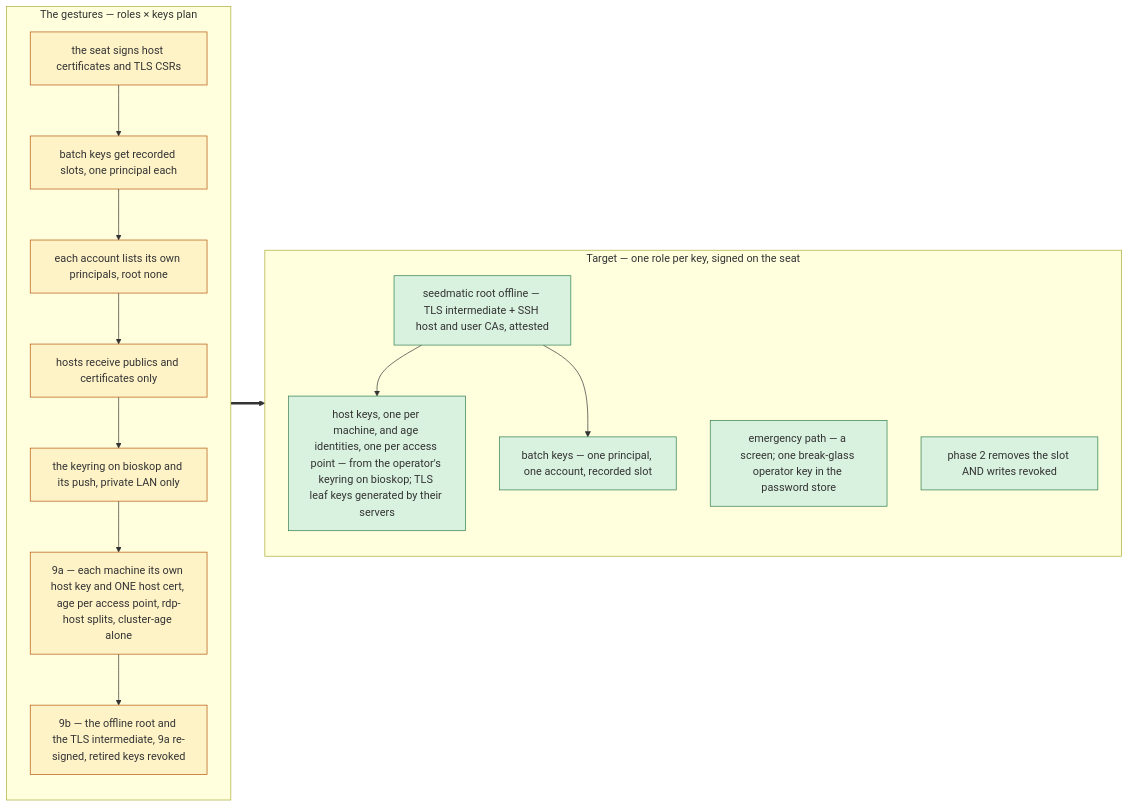
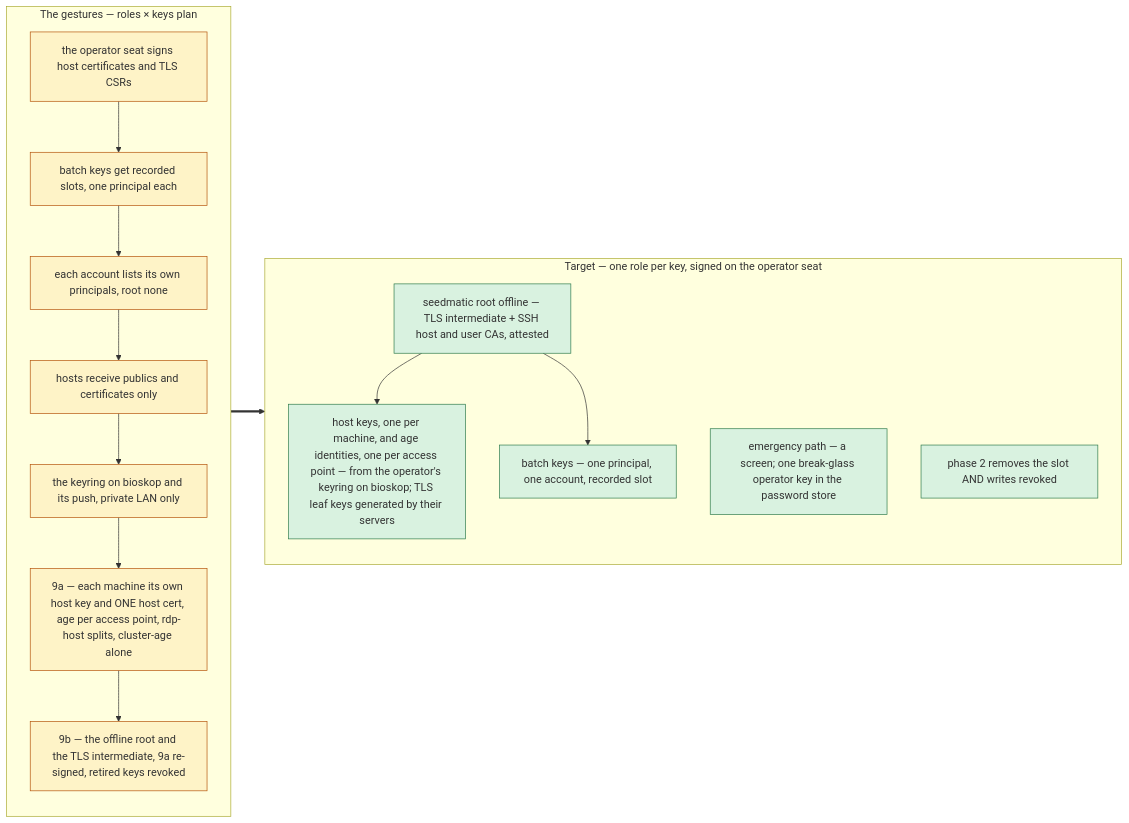
One commit to seedmatic/rke2lab changed the third of 8 diagrams in docs/architecture/atlas/fabric-control-plane.adoc. Above: the diagram before and after it, drawn with Mermaid. The commit also changed other lines of this file and 32 other files, not shown here.

First line of the commit message:
docs(vocabulary): one precise term per role, as the operator decided on 2026-10-16

```diff
--- a/docs/architecture/atlas/fabric-control-plane.adoc
+++ b/docs/architecture/atlas/fabric-control-plane.adoc
@@ -112,28 +112,28 @@
 [mermaid]
 ....
 flowchart LR
   subgraph GESTURES["The gestures — roles × keys plan"]
     direction TB
-    g1["the seat signs host certificates and TLS CSRs"]:::step
+    g1["the operator seat signs host certificates and TLS CSRs"]:::step
     g2["batch keys get recorded slots, one principal each"]:::step
     g3["each account lists its own principals, root none"]:::step
     g4["hosts receive publics and certificates only"]:::step
     g5["the keyring on bioskop and its push, private LAN only"]:::step
     g6["9a — each machine its own host key and ONE host cert, age per access point, rdp-host splits, cluster-age alone"]:::step
     g7["9b — the offline root and the TLS intermediate, 9a re-signed, retired keys revoked"]:::step
     g1 --> g2 --> g3 --> g4 --> g5 --> g6 --> g7
   end
-  subgraph TARGET["Target — one role per key, signed on the seat"]
+  subgraph TARGET["Target — one role per key, signed on the operator seat"]
     direction TB
     a0["seedmatic root offline — TLS intermediate + SSH host and user CAs, attested"]:::ok
     a1["emergency path — a screen; one break-glass operator key in the password store"]:::ok
     a2["host keys, one per machine, and age identities, one per access point — from the operator's keyring on bioskop; TLS leaf keys generated by their servers"]:::ok
     a3["batch keys — one principal, one account, recorded slot"]:::ok
     a4["phase 2 removes the slot AND writes revoked"]:::ok
     a0 --> a2 & a3
   end
   GESTURES ==> TARGET
 
   classDef step fill:#fef3c7,stroke:#b45309;
   classDef ok fill:#d9f2e0,stroke:#2d7a4b;
 ....
```
